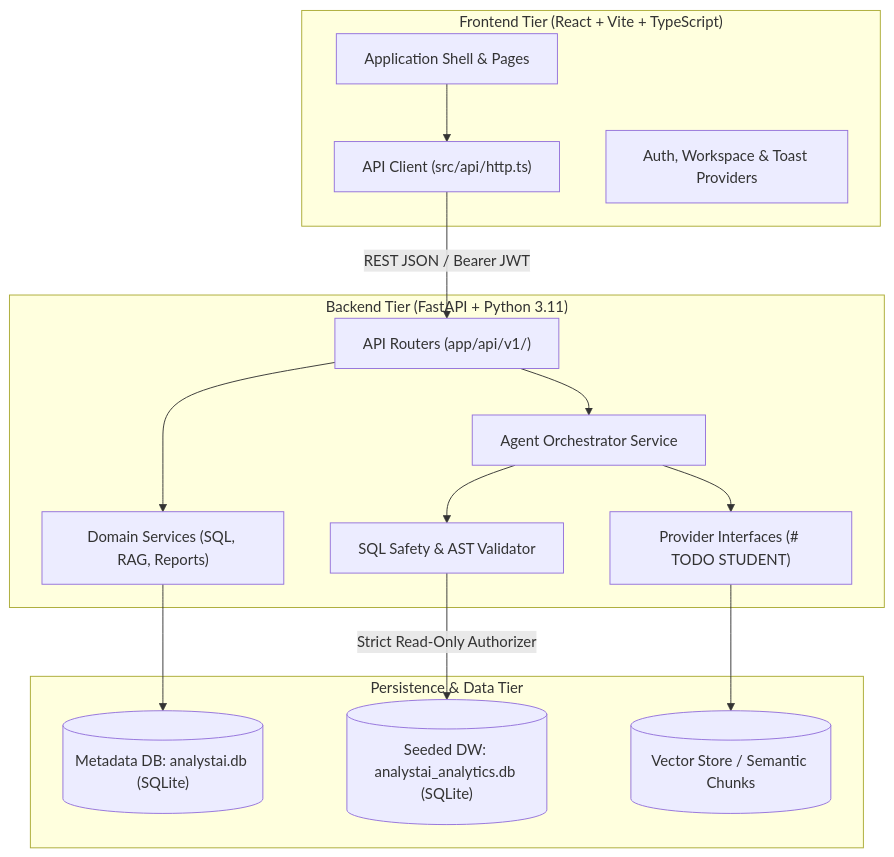
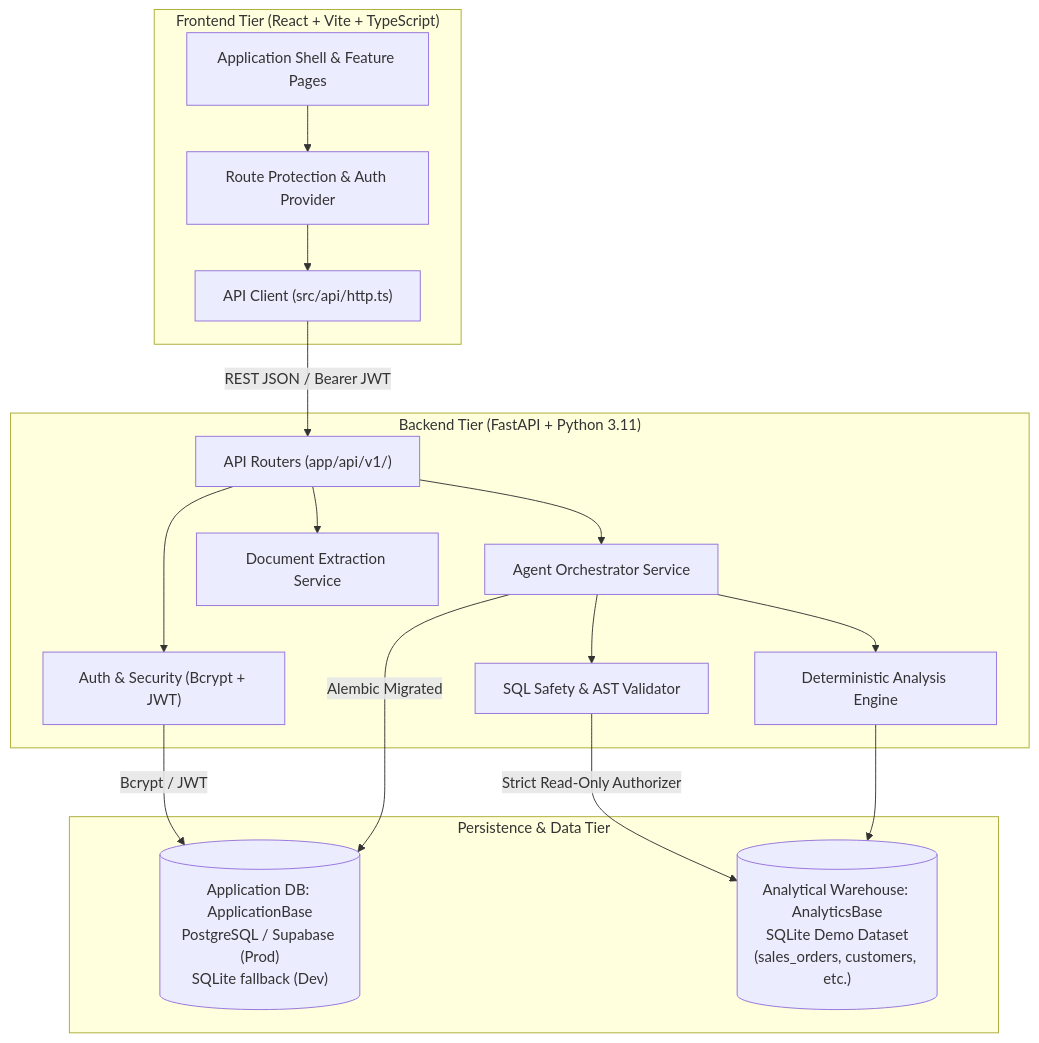
The first of 2 diagrams in docs/ARCHITECTURE.md (CodeMindsX-max/AI-Analyst), drawn with Mermaid before and after one commit. The commit also changed other lines of this file and 42 other files, not shown here.

````diff
--- a/docs/ARCHITECTURE.md
+++ b/docs/ARCHITECTURE.md
@@ -7,32 +7,35 @@
 ```mermaid
 flowchart TD
     subgraph Frontend["Frontend Tier (React + Vite + TypeScript)"]
-        UI["Application Shell & Pages"]
+        UI["Application Shell & Feature Pages"]
         API_Client["API Client (src/api/http.ts)"]
-        State["Auth, Workspace & Toast Providers"]
+        AuthGuard["Route Protection & Auth Provider"]
     end
 
     subgraph Backend["Backend Tier (FastAPI + Python 3.11)"]
         Routers["API Routers (app/api/v1/)"]
+        Security["Auth & Security (Bcrypt + JWT)"]
         Orchestrator["Agent Orchestrator Service"]
         Safety["SQL Safety & AST Validator"]
-        Services["Domain Services (SQL, RAG, Reports)"]
-        Providers["Provider Interfaces (# TODO STUDENT)"]
+        Analysis["Deterministic Analysis Engine"]
+        DocService["Document Extraction Service"]
     end
 
     subgraph Persistence["Persistence & Data Tier"]
-        MetaDB[("Metadata DB: analystai.db (SQLite)")]
-        AnalyticsDB[("Seeded DW: analystai_analytics.db (SQLite)")]
-        VectorIdx[("Vector Store / Semantic Chunks")]
+        AppDB[("Application DB: ApplicationBase\nPostgreSQL / Supabase (Prod)\nSQLite fallback (Dev)")]
+        AnalyticsDB[("Analytical Warehouse: AnalyticsBase\nSQLite Demo Dataset\n(sales_orders, customers, etc.)")]
     end
 
-    UI --> API_Client
+    UI --> AuthGuard
+    AuthGuard --> API_Client
     API_Client -->|REST JSON / Bearer JWT| Routers
-    Routers --> Services
+    Routers --> Security
     Routers --> Orchestrator
+    Routers --> DocService
+    Security -->|Bcrypt / JWT| AppDB
     Orchestrator --> Safety
-    Orchestrator --> Providers
-    Services --> MetaDB
+    Orchestrator --> Analysis
+    Orchestrator -->|Alembic Migrated| AppDB
     Safety -->|Strict Read-Only Authorizer| AnalyticsDB
-    Providers --> VectorIdx
+    Analysis --> AnalyticsDB
 ```
````
